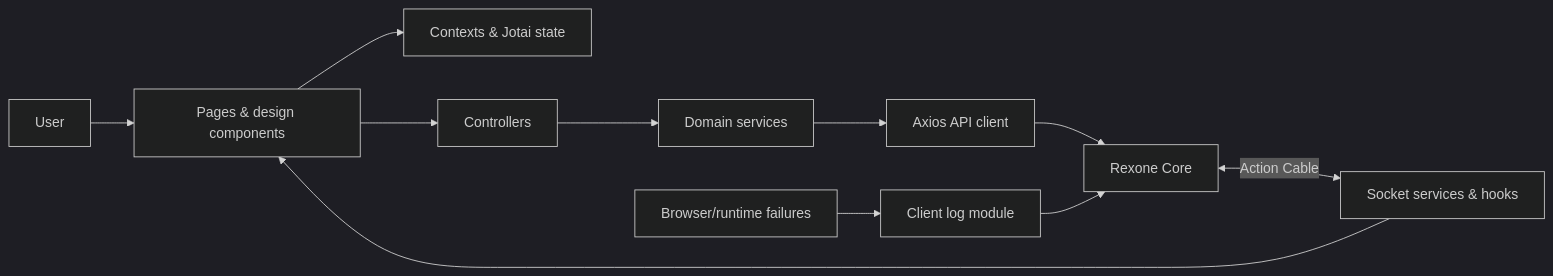
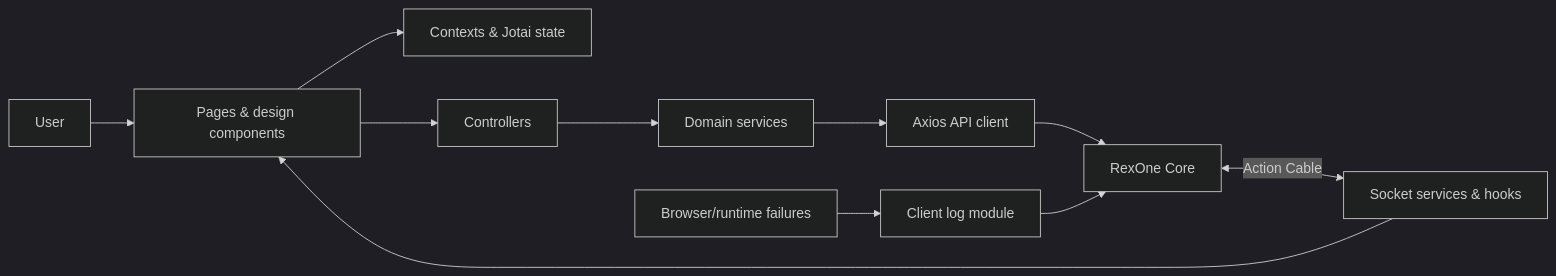
The diagram in README.md (rex-9/rexone-web), drawn with Mermaid (dark theme) before and after one commit. The commit also changed other lines of this file and 6 other files, not shown here.

````diff
--- a/README.md
+++ b/README.md
@@ -108,15 +115,15 @@
 ```mermaid
 flowchart LR
     User[User] --> UI[Pages & design components]
     UI --> Contexts[Contexts & Jotai state]
     UI --> Controllers[Controllers]
     Controllers --> Services[Domain services]
     Services --> API[Axios API client]
-    API --> Core[Rexone Core]
+    API --> Core[RexOne Core]
 
     Core <-->|Action Cable| Socket[Socket services & hooks]
     Socket --> UI
 
     Browser[Browser/runtime failures] --> Logs[Client log module]
     Logs --> Core
 ```
````
